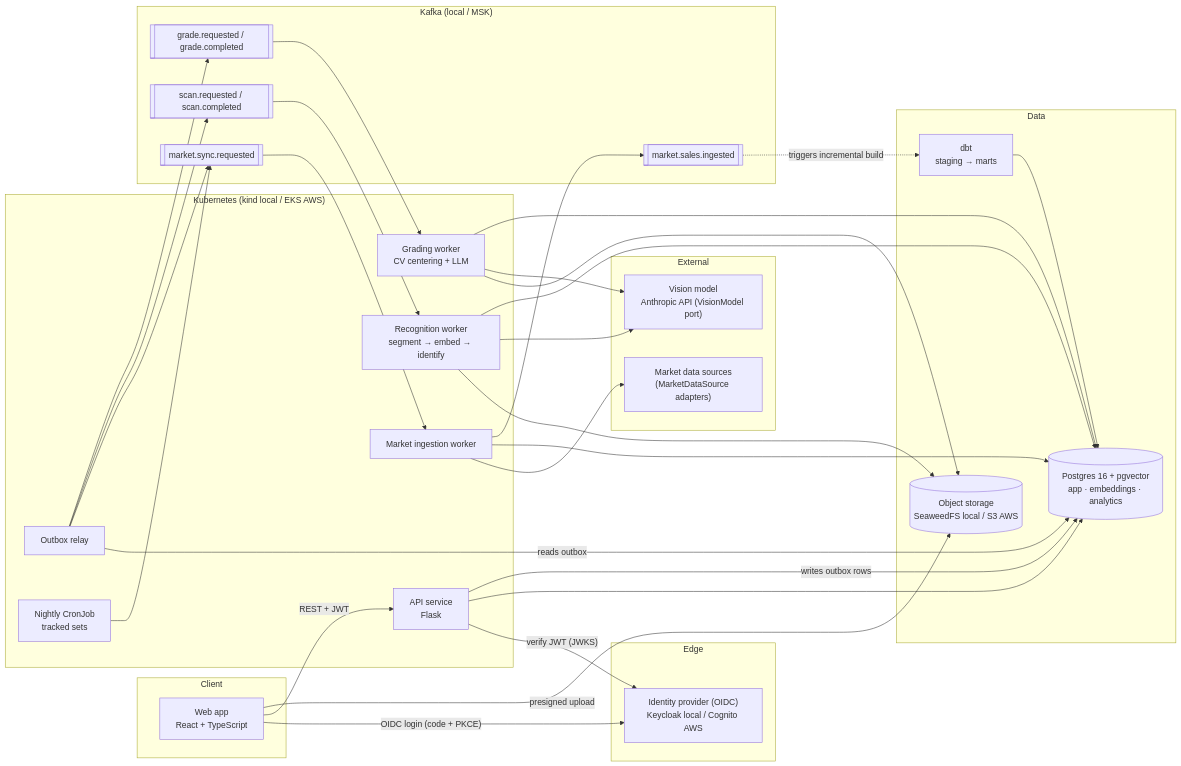
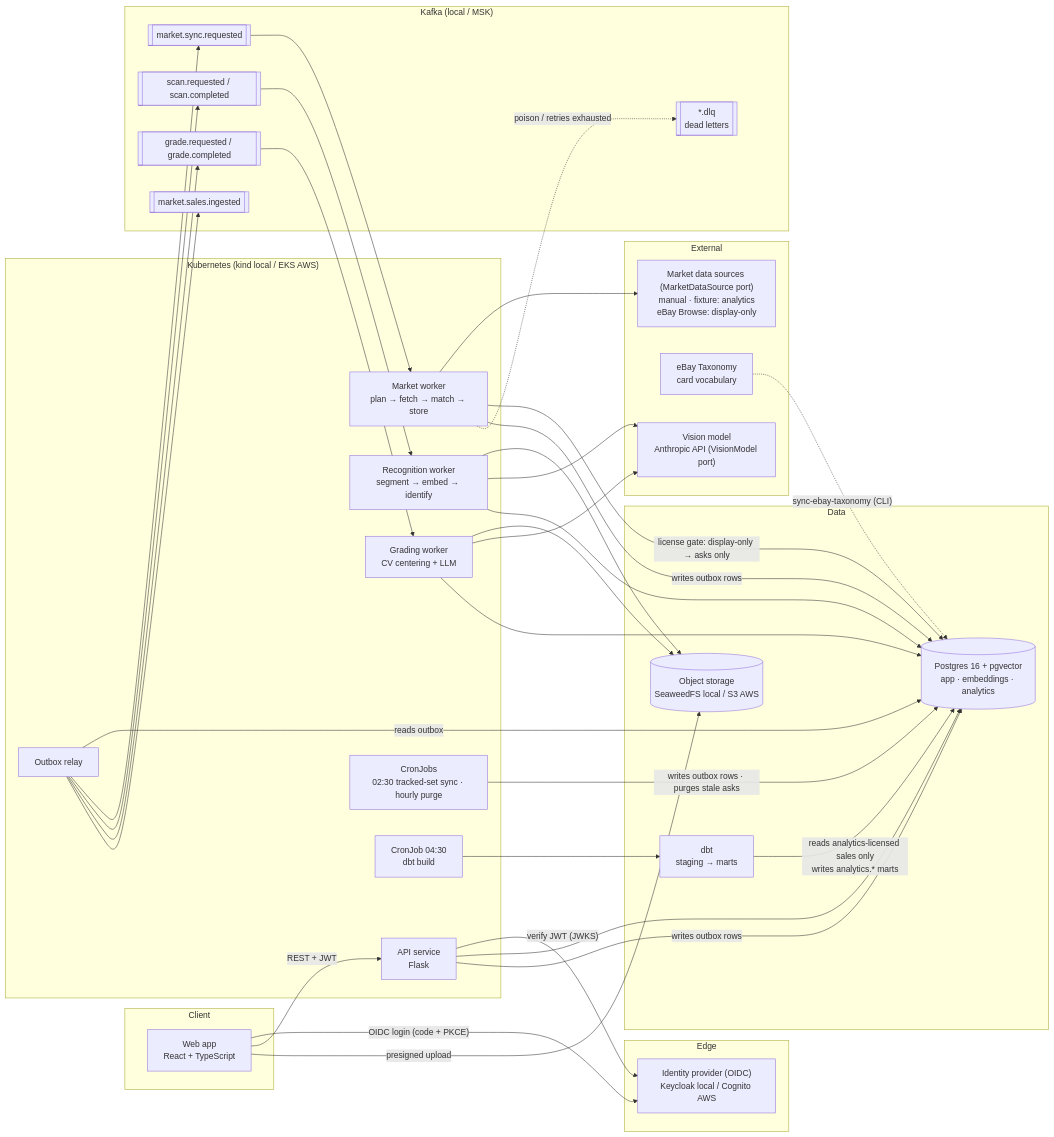
The first of 4 diagrams in docs/architecture/README.md (lfoos/card-maven), drawn with Mermaid before and after one commit. The commit also changed other lines of this file and 121 other files, not shown here.

First line of the commit message:
Phase 2: market data pipeline, Get comps, nightly sync, estimates

````diff
--- a/docs/architecture/README.md
+++ b/docs/architecture/README.md
@@ -7,61 +7,67 @@
 ```mermaid
 flowchart LR
   subgraph Client
     WEB["Web app<br/>React + TypeScript"]
   end
 
   subgraph Edge
     IDP["Identity provider (OIDC)<br/>Keycloak local / Cognito AWS"]
   end
 
   subgraph Services["Kubernetes (kind local / EKS AWS)"]
     API["API service<br/>Flask"]
     OUTBOX["Outbox relay"]
-    ING["Market ingestion worker"]
+    ING["Market worker<br/>plan → fetch → match → store"]
     REC["Recognition worker<br/>segment → embed → identify"]
     GRD["Grading worker<br/>CV centering + LLM"]
-    CRON["Nightly CronJob<br/>tracked sets"]
+    CRON["CronJobs<br/>02:30 tracked-set sync · hourly purge"]
+    DBTJOB["CronJob 04:30<br/>dbt build"]
   end
 
   subgraph Messaging["Kafka (local / MSK)"]
     T1[["market.sync.requested"]]
     T2[["market.sales.ingested"]]
+    DLQ[["*.dlq<br/>dead letters"]]
     T3[["scan.requested / scan.completed"]]
     T4[["grade.requested / grade.completed"]]
   end
 
   subgraph Data
     PG[("Postgres 16 + pgvector<br/>app · embeddings · analytics")]
     S3[("Object storage<br/>SeaweedFS local / S3 AWS")]
     DBT["dbt<br/>staging → marts"]
   end
 
   subgraph External
-    MDS["Market data sources<br/>(MarketDataSource adapters)"]
+    MDS["Market data sources (MarketDataSource port)<br/>manual · fixture: analytics<br/>eBay Browse: display-only"]
+    TAX["eBay Taxonomy<br/>card vocabulary"]
     LLM["Vision model<br/>Anthropic API (VisionModel port)"]
   end
 
   WEB -- "OIDC login (code + PKCE)" --> IDP
   WEB -- "REST + JWT" --> API
   WEB -- "presigned upload" --> S3
   API -- "verify JWT (JWKS)" --> IDP
   API --> PG
   API -- "writes outbox rows" --> PG
   OUTBOX -- "reads outbox" --> PG
   OUTBOX --> T1 & T3 & T4
-  CRON --> T1
+  CRON -- "writes outbox rows · purges stale asks" --> PG
+  OUTBOX --> T2
   T1 --> ING
   ING --> MDS
-  ING --> PG
-  ING --> T2
+  ING -- "license gate: display-only → asks only" --> PG
+  ING -- "writes outbox rows" --> PG
+  ING -. "poison / retries exhausted" .-> DLQ
   T3 --> REC
   REC --> S3
   REC --> LLM
   REC --> PG
   T4 --> GRD
   GRD --> S3
   GRD --> LLM
   GRD --> PG
-  T2 -. "triggers incremental build" .-> DBT
-  DBT --> PG
+  DBTJOB --> DBT
+  DBT -- "reads analytics-licensed sales only<br/>writes analytics.* marts" --> PG
+  TAX -. "sync-ebay-taxonomy (CLI)" .-> PG
 ```
````
